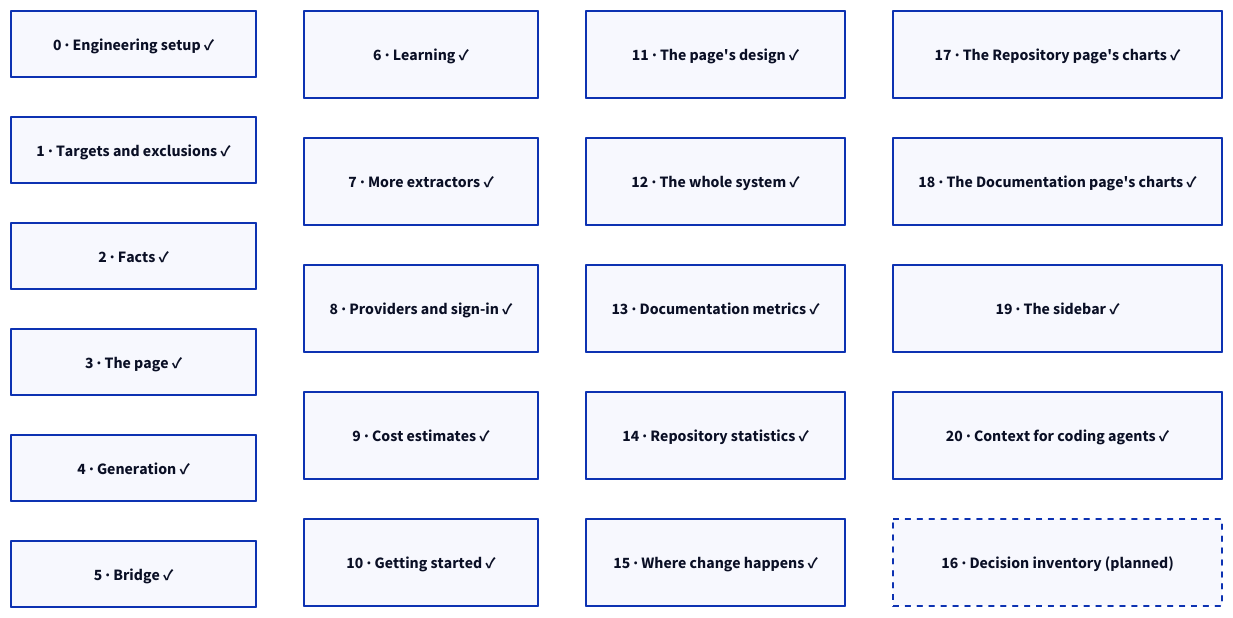
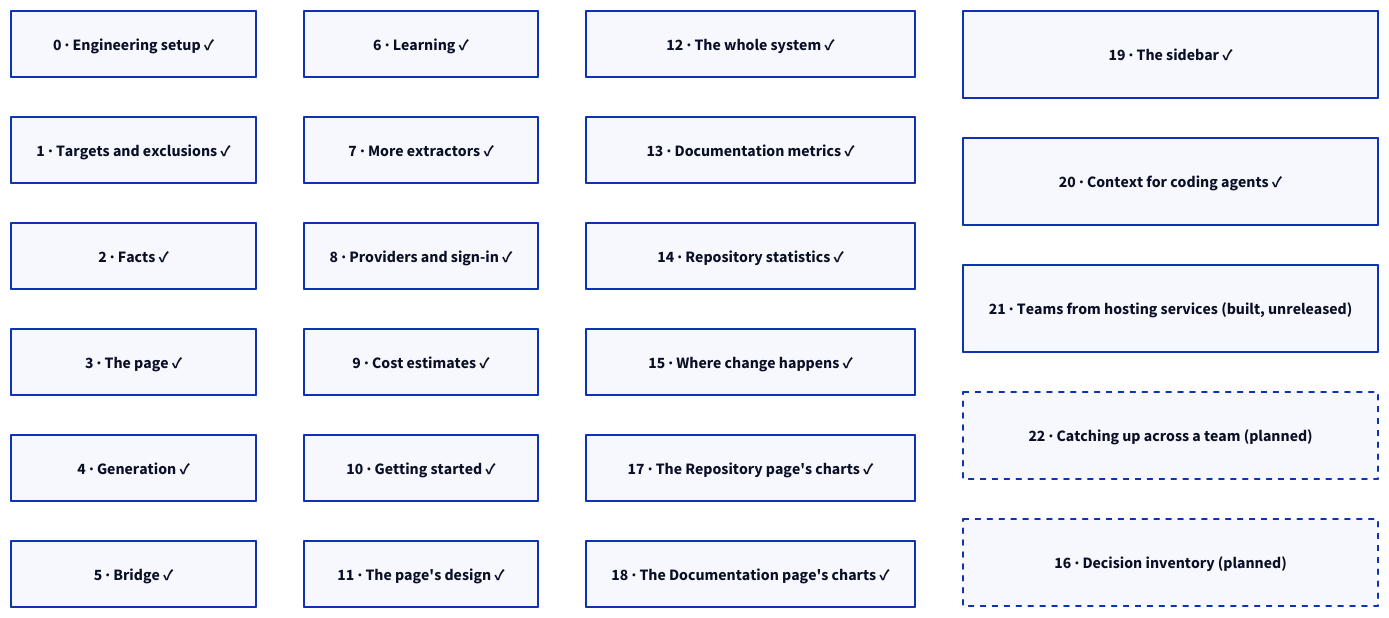
The diagram in docs/diagrams/phases.d2 (mohamed-abdelsattar92/codetrail), drawn with D2 before and after one commit. The commit also changed 5 other files, not shown here.

```diff
--- a/docs/diagrams/phases.d2
+++ b/docs/diagrams/phases.d2
@@ -1,26 +1,28 @@
 # The design's phases and what is built, in reading order (README, "Status"). Render with `just diagrams`.
 grid-columns: 4
 horizontal-gap: 48
 vertical-gap: 40
 
 p0: "0 · Engineering setup ✓"
 p1: "1 · Targets and exclusions ✓"
 p2: "2 · Facts ✓"
 p3: "3 · The page ✓"
 p4: "4 · Generation ✓"
 p5: "5 · Bridge ✓"
 p6: "6 · Learning ✓"
 p7: "7 · More extractors ✓"
 p8: "8 · Providers and sign-in ✓"
 p9: "9 · Cost estimates ✓"
 p10: "10 · Getting started ✓"
 p11: "11 · The page's design ✓"
 p12: "12 · The whole system ✓"
 p13: "13 · Documentation metrics ✓"
 p14: "14 · Repository statistics ✓"
 p15: "15 · Where change happens ✓"
 p17: "17 · The Repository page's charts ✓"
 p18: "18 · The Documentation page's charts ✓"
 p19: "19 · The sidebar ✓"
 p20: "20 · Context for coding agents ✓"
+p21: "21 · Teams from hosting services (built, unreleased)"
+p22: "22 · Catching up across a team (planned)" {style.stroke-dash: 3}
 p16: "16 · Decision inventory (planned)" {style.stroke-dash: 3}
```
